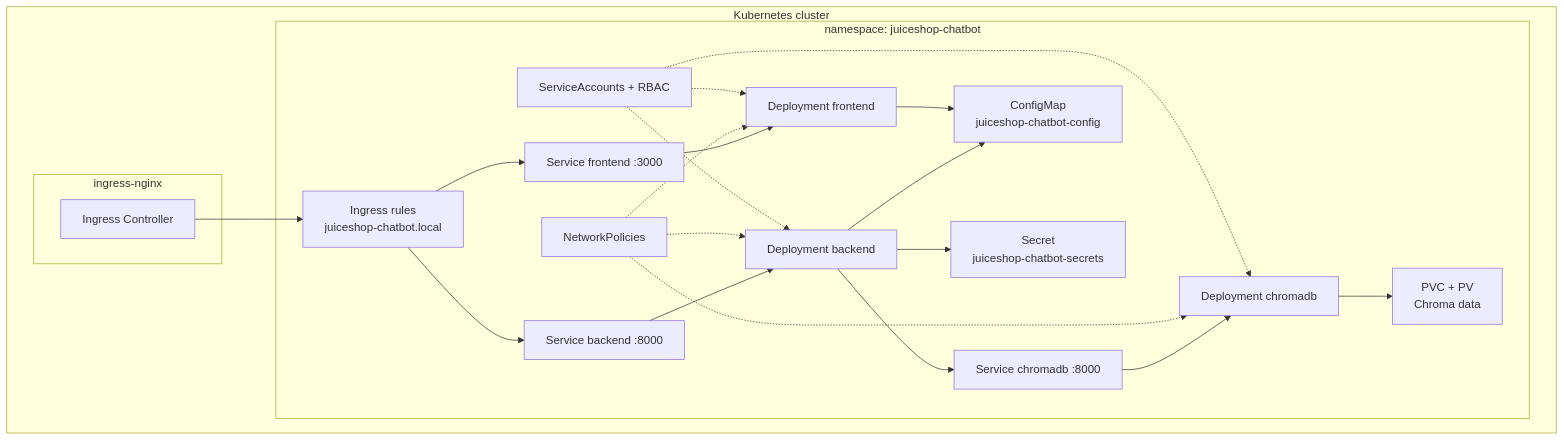
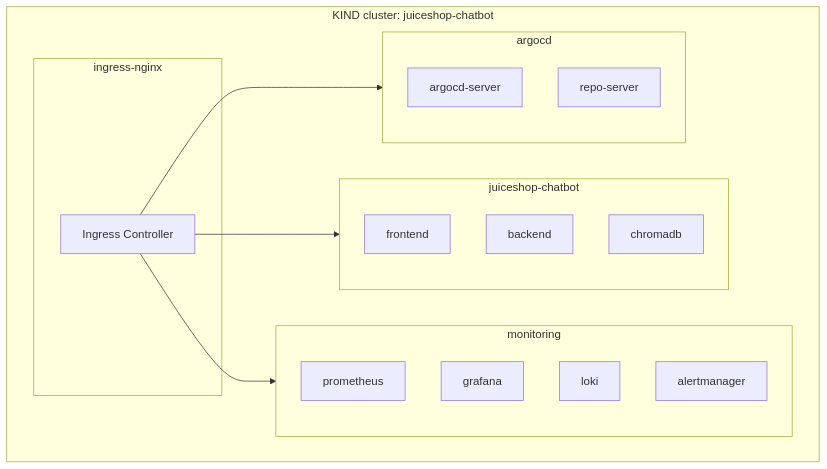
The third of 7 diagrams in docs/architecture.md (amaninsa/owasp-juiceshop-chatbot), drawn with Mermaid before and after one commit. The commit also changed other lines of this file and 129 other files, not shown here.

````diff
--- a/docs/architecture.md
+++ b/docs/architecture.md
@@ -48,36 +63,26 @@
 ```mermaid
 flowchart TB
-  subgraph Cluster["Kubernetes cluster"]
+  subgraph Cluster["KIND cluster: juiceshop-chatbot"]
     subgraph IngressNS["ingress-nginx"]
       IC[Ingress Controller]
     end
-
-    subgraph NS["namespace: juiceshop-chatbot"]
-      ING[Ingress rules<br/>juiceshop-chatbot.local]
-      SVC_FE[Service frontend :3000]
-      SVC_BE[Service backend :8000]
-      SVC_CH[Service chromadb :8000]
-
-      DEP_FE[Deployment frontend]
-      DEP_BE[Deployment backend]
-      DEP_CH[Deployment chromadb]
-
-      CM[ConfigMap<br/>juiceshop-chatbot-config]
-      SEC[Secret<br/>juiceshop-chatbot-secrets]
-      PVC[PVC + PV<br/>Chroma data]
-      NP[NetworkPolicies]
-      SA[ServiceAccounts + RBAC]
+    subgraph AppNS["juiceshop-chatbot"]
+      FE[frontend]
+      BE[backend]
+      CH[chromadb]
+    end
+    subgraph MonNS["monitoring"]
+      P[prometheus]
+      G[grafana]
+      L[loki]
+      A[alertmanager]
+    end
+    subgraph ArgoNS["argocd"]
+      AS[argocd-server]
+      RS[repo-server]
     end
   end
-
-  IC --> ING
-  ING --> SVC_FE --> DEP_FE
-  ING --> SVC_BE --> DEP_BE
-  DEP_BE --> SVC_CH --> DEP_CH
-  DEP_CH --> PVC
-  DEP_BE --> CM
-  DEP_BE --> SEC
-  DEP_FE --> CM
-  NP -.-> DEP_FE & DEP_BE & DEP_CH
-  SA -.-> DEP_FE & DEP_BE & DEP_CH
+  IC --> AppNS
+  IC --> MonNS
+  IC --> ArgoNS
 ```
````
